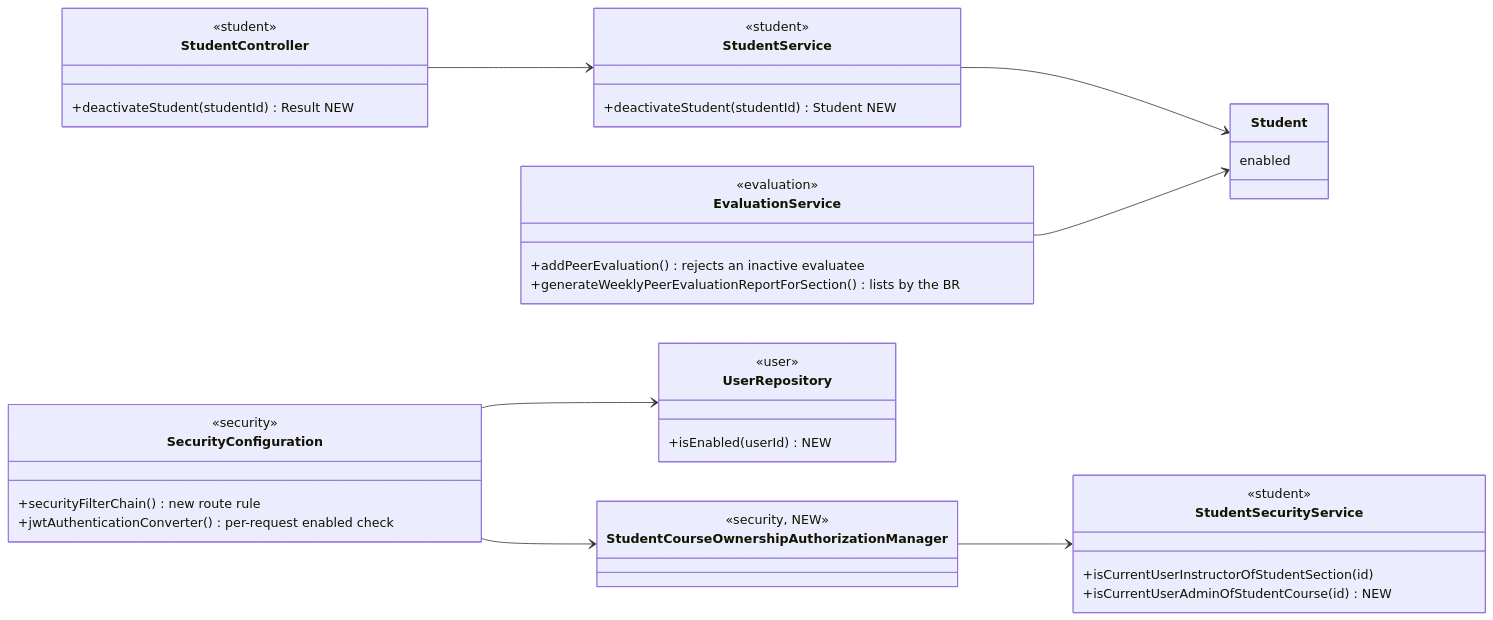
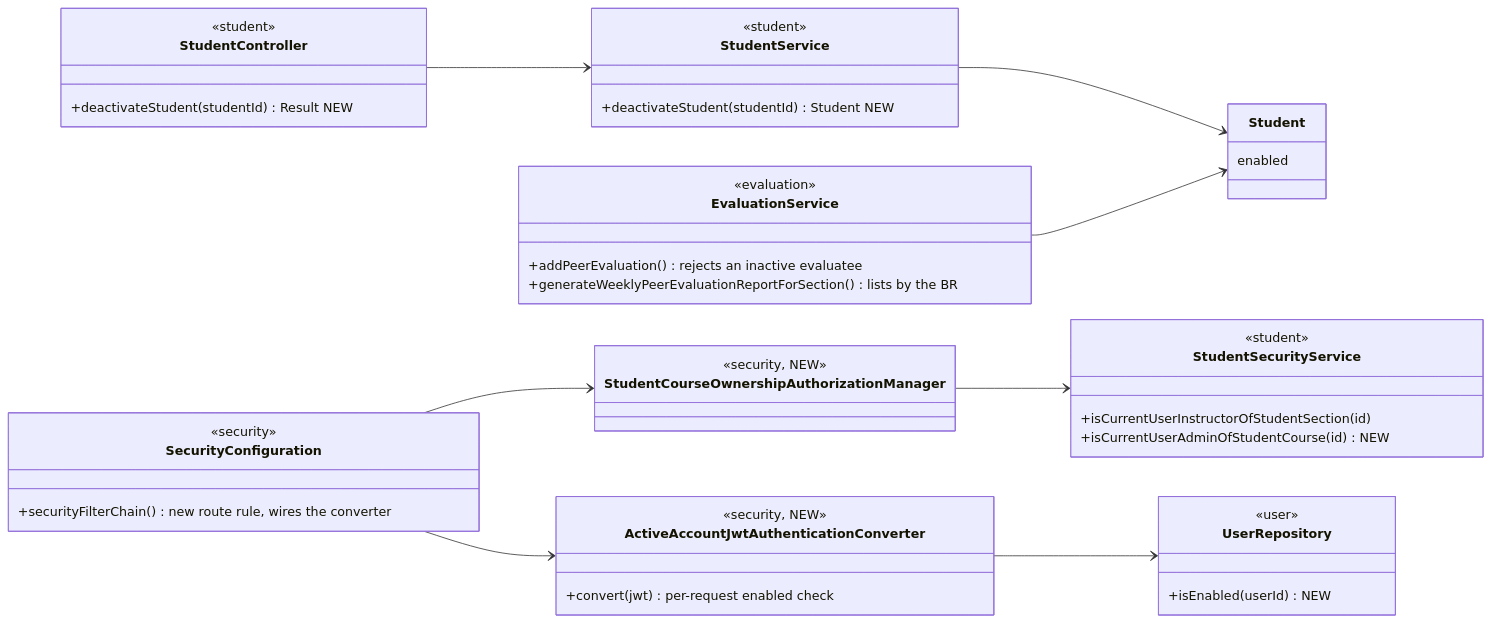
The first of 5 diagrams in docs/design/stu.md (Bradley-C-Helmholz/add-a-use-case), drawn with Mermaid before and after one commit. The commit also changed other lines of this file and 1 other file, not shown here.

Commit message:
docs(design): the per-request enabled check is its own converter class
Implementing the check showed the design's wording was wrong. The check is
a new ActiveAccountJwtAuthenticationConverter, wired explicitly into
securityFilterChain, not a change to the JwtAuthenticationConverter bean:
JwtAuthenticationConverter.convert is final, and the resource server's DSL
finds a converter bean only by that exact type, so a bean of another type is
silently ignored and the default converter runs.

Corrects stu.md (class diagram, components table, 6d sequence, decision 5)
and the matching sentence in architectural-design.md.

````diff
--- a/docs/design/stu.md
+++ b/docs/design/stu.md
@@ -14,41 +14,45 @@
 ```mermaid
 classDiagram
     direction LR
     class StudentController {
         <<student>>
         +deactivateStudent(studentId) Result  NEW
     }
     class StudentService {
         <<student>>
         +deactivateStudent(studentId) Student  NEW
     }
     class StudentSecurityService {
         <<student>>
         +isCurrentUserInstructorOfStudentSection(id)
         +isCurrentUserAdminOfStudentCourse(id)  NEW
     }
     class StudentCourseOwnershipAuthorizationManager {
         <<security, NEW>>
     }
     class SecurityConfiguration {
         <<security>>
-        +securityFilterChain()  new route rule
-        +jwtAuthenticationConverter()  per-request enabled check
+        +securityFilterChain()  new route rule, wires the converter
+    }
+    class ActiveAccountJwtAuthenticationConverter {
+        <<security, NEW>>
+        +convert(jwt)  per-request enabled check
     }
     class UserRepository {
         <<user>>
         +isEnabled(userId)  NEW
     }
     class EvaluationService {
         <<evaluation>>
         +addPeerEvaluation()  rejects an inactive evaluatee
         +generateWeeklyPeerEvaluationReportForSection()  lists by the BR
     }
     class Student { enabled }
     StudentController --> StudentService
     StudentService --> Student
     StudentCourseOwnershipAuthorizationManager --> StudentSecurityService
     SecurityConfiguration --> StudentCourseOwnershipAuthorizationManager
-    SecurityConfiguration --> UserRepository
+    SecurityConfiguration --> ActiveAccountJwtAuthenticationConverter
+    ActiveAccountJwtAuthenticationConverter --> UserRepository
     EvaluationService --> Student
 ```
````
